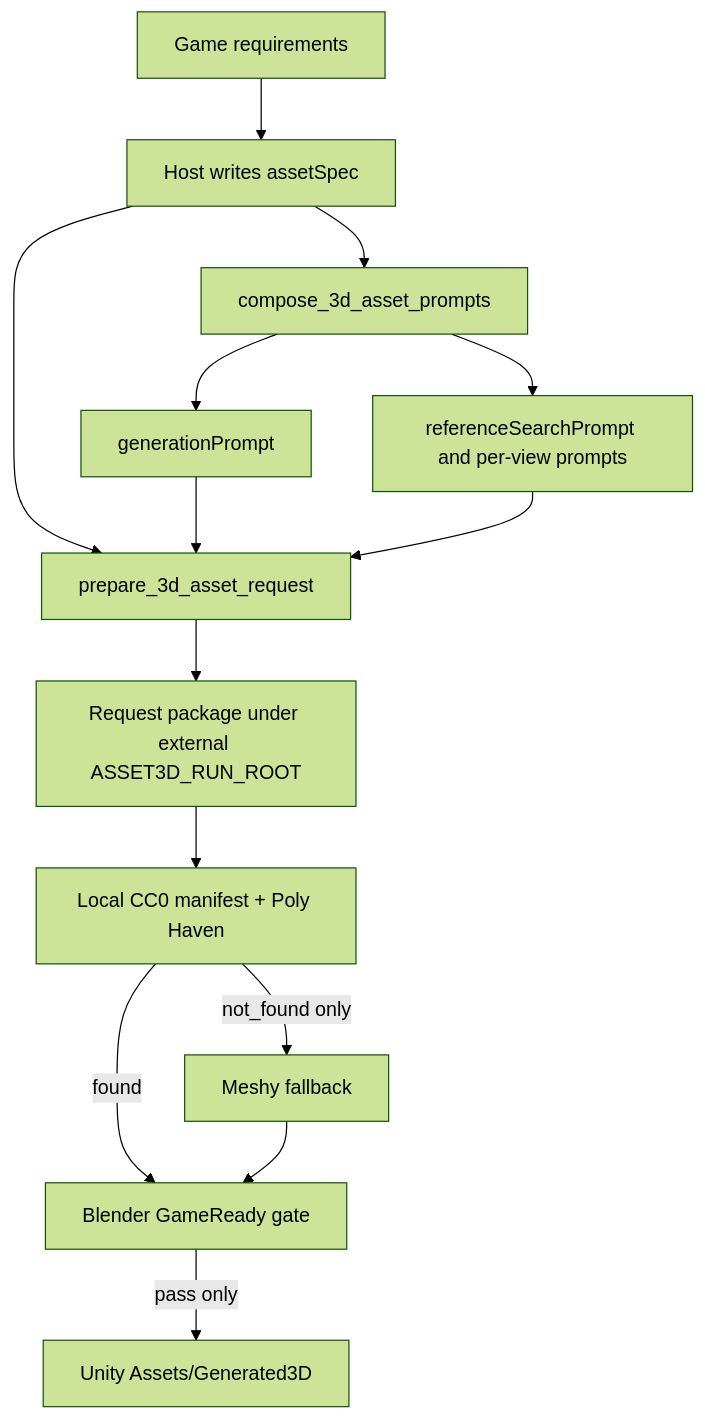
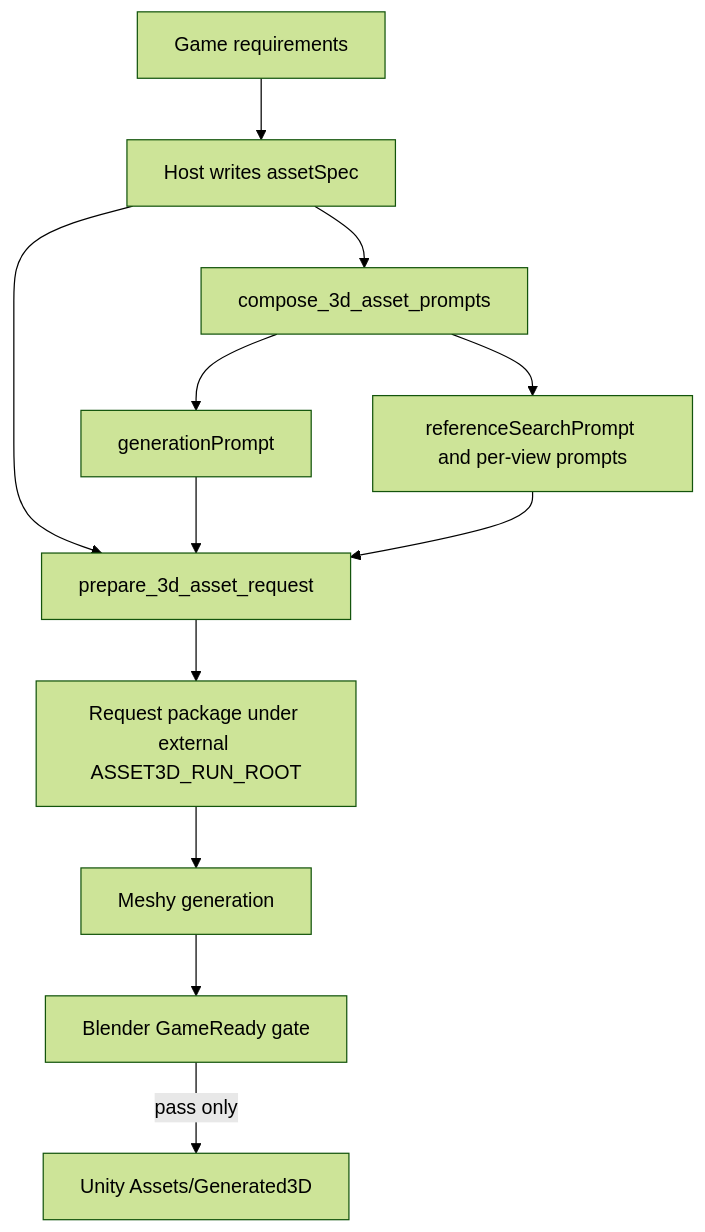
Before and after one commit to JugleGame/Game-Develop-Orchestration: the diagram in docs/3d-asset-prompts.md, drawn with Mermaid (forest theme). The commit also changed other lines of this file and 5 other files, not shown here.

````diff
--- a/docs/3d-asset-prompts.md
+++ b/docs/3d-asset-prompts.md
@@ -10,16 +10,14 @@
 ```mermaid
 flowchart TD
     R["Game requirements"] --> S["Host writes assetSpec"]
     S --> C["compose_3d_asset_prompts"]
     C --> G["generationPrompt"]
     C --> Q["referenceSearchPrompt and per-view prompts"]
     S --> P["prepare_3d_asset_request"]
     G --> P
     Q --> P
     P --> H["Request package under external ASSET3D_RUN_ROOT"]
-    H --> C0["Local CC0 manifest + Poly Haven"]
-    C0 -->|"not_found only"| E["Meshy fallback"]
-    C0 -->|"found"| B["Blender GameReady gate"]
-    E --> B
+    H --> E["Meshy generation"]
+    E --> B["Blender GameReady gate"]
     B -->|"pass only"| U["Unity Assets/Generated3D"]
 ```
````
